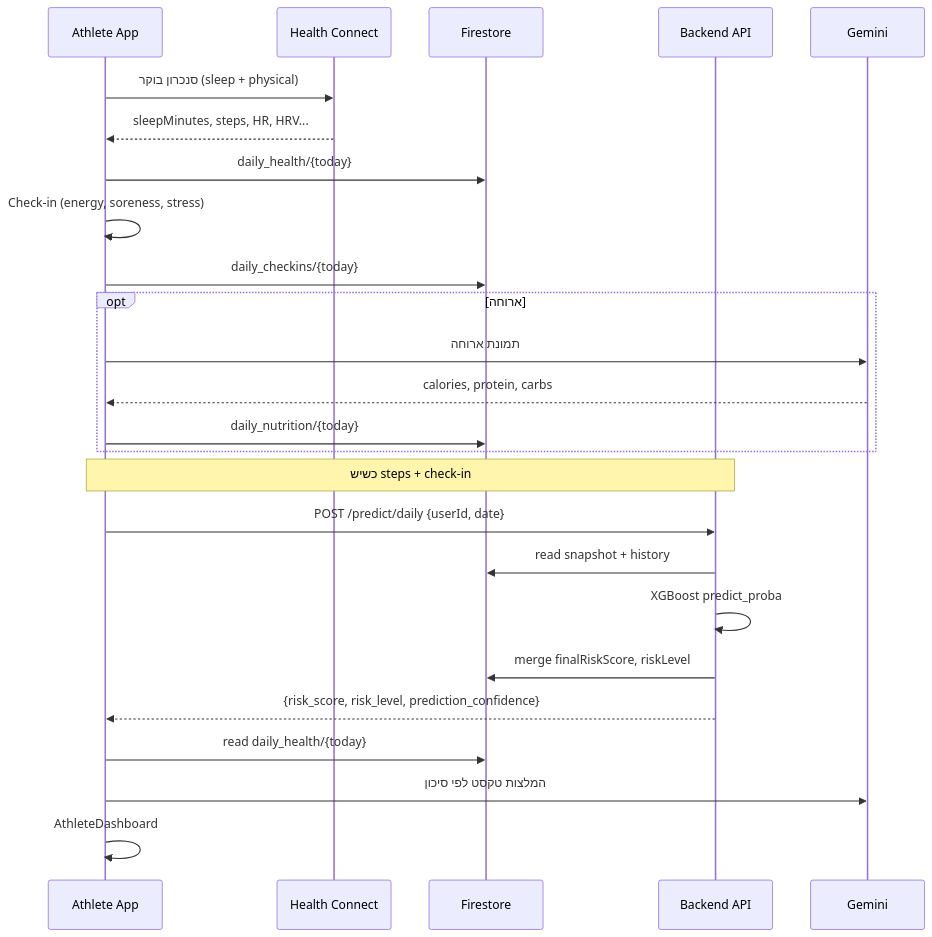
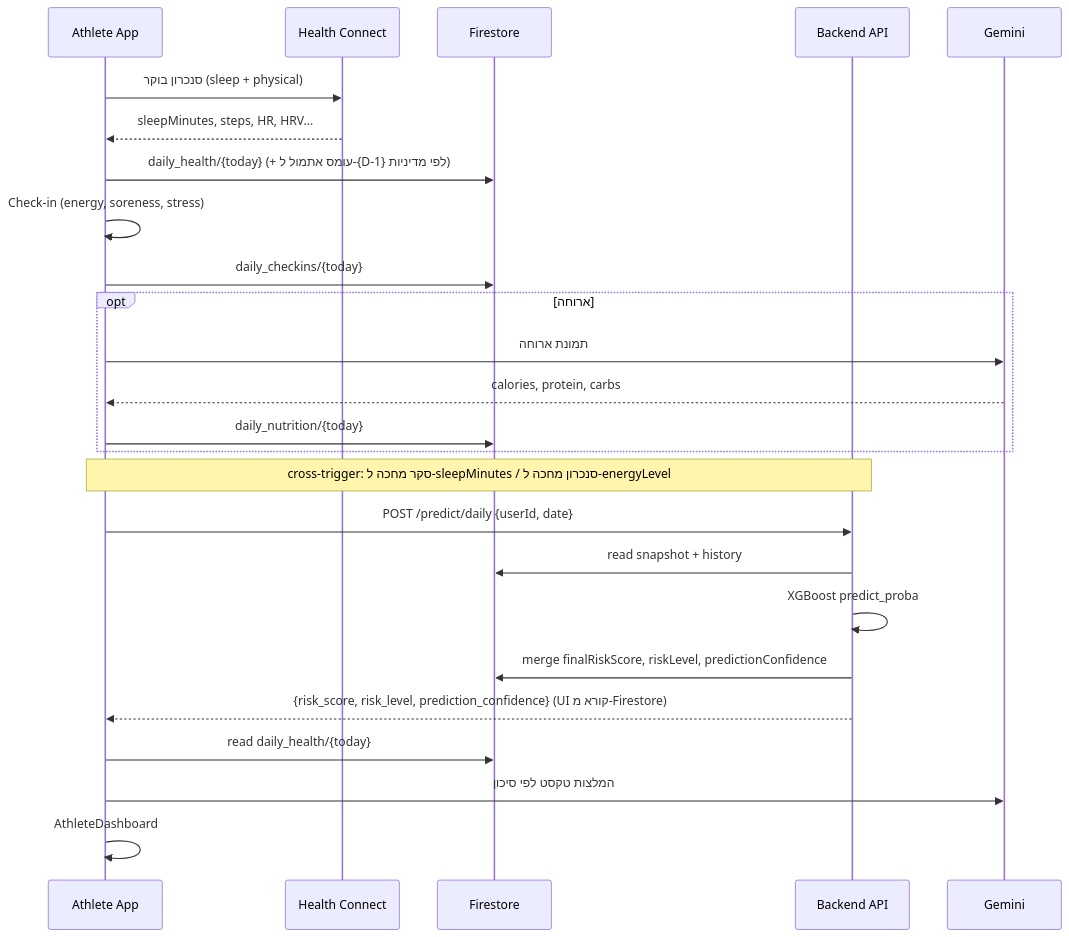
The third of 5 diagrams in docs/HLD_PROJECT.md (yahav97/final_project_AthleAgent), drawn with Mermaid before and after one commit. The commit also changed other lines of this file and 8 other files, not shown here.

````diff
--- a/docs/HLD_PROJECT.md
+++ b/docs/HLD_PROJECT.md
@@ -140,32 +140,32 @@
 ```mermaid
 sequenceDiagram
     participant A as Athlete App
     participant HC as Health Connect
     participant FS as Firestore
     participant BE as Backend API
     participant G as Gemini
 
     A->>HC: סנכרון בוקר (sleep + physical)
     HC-->>A: sleepMinutes, steps, HR, HRV...
-    A->>FS: daily_health/{today}
+    A->>FS: daily_health/{today} (+ עומס אתמול ל-{D-1} לפי מדיניות)
 
     A->>A: Check-in (energy, soreness, stress)
     A->>FS: daily_checkins/{today}
 
     opt ארוחה
         A->>G: תמונת ארוחה
         G-->>A: calories, protein, carbs
         A->>FS: daily_nutrition/{today}
     end
 
-    Note over A,BE: כשיש steps + check-in
+    Note over A,BE: cross-trigger: סקר מחכה ל-sleepMinutes / סנכרון מחכה ל-energyLevel
     A->>BE: POST /predict/daily {userId, date}
     BE->>FS: read snapshot + history
     BE->>BE: XGBoost predict_proba
-    BE->>FS: merge finalRiskScore, riskLevel
-    BE-->>A: {risk_score, risk_level, prediction_confidence}
+    BE->>FS: merge finalRiskScore, riskLevel, predictionConfidence
+    BE-->>A: {risk_score, risk_level, prediction_confidence} (UI קורא מ-Firestore)
 
     A->>FS: read daily_health/{today}
     A->>G: המלצות טקסט לפי סיכון
     A->>A: AthleteDashboard
 ```
````
